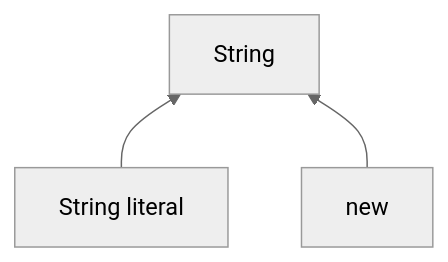
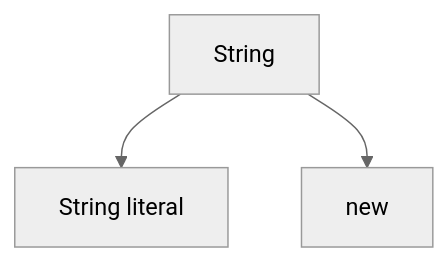
Before and after one commit to Vinoth82003/java-notes: the diagram in STRING.md, drawn with Mermaid (neutral theme). The commit also changed other lines of this file, not shown here.

Commit message:
Changing the Syntax

````diff
--- a/STRING.md
+++ b/STRING.md
@@ -7,9 +7,9 @@
 ```mermaid
-graph BT
+graph TB
 
 a[String]
 b[String literal]
 c[ new]
-b-->a
-c-->a
+a-->b
+a-->c
 ```
````
